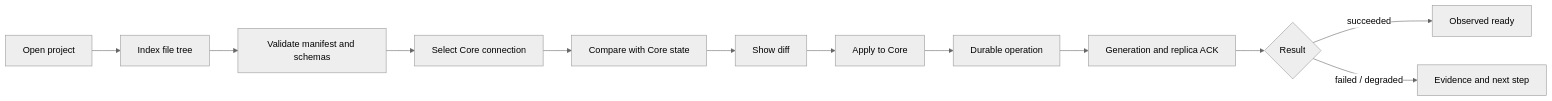
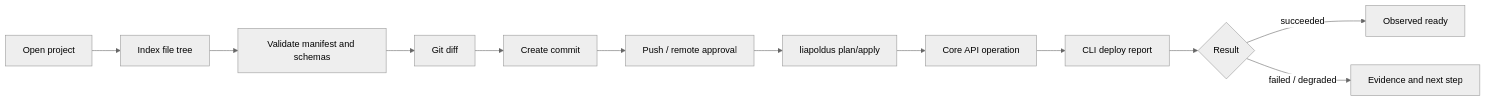
The diagram in docs/diagrams/studio-change-lifecycle.mmd (Liapoldus/studio), drawn with Mermaid (neutral theme) before and after one commit. The commit also changed 8 other files, not shown here.

```diff
--- a/docs/diagrams/studio-change-lifecycle.mmd
+++ b/docs/diagrams/studio-change-lifecycle.mmd
@@ -1,12 +1,12 @@
 flowchart LR
     A["Open project"] --> B["Index file tree"]
     B --> C["Validate manifest and schemas"]
-    C --> D["Select Core connection"]
-    D --> E["Compare with Core state"]
-    E --> F["Show diff"]
-    F --> G["Apply to Core"]
-    G --> H["Durable operation"]
-    H --> I["Generation and replica ACK"]
+    C --> D["Git diff"]
+    D --> E["Create commit"]
+    E --> F["Push / remote approval"]
+    F --> G["liapoldus plan/apply"]
+    G --> H["Core API operation"]
+    H --> I["CLI deploy report"]
     I --> J{"Result"}
     J -->|"succeeded"| K["Observed ready"]
     J -->|"failed / degraded"| L["Evidence and next step"]
```
